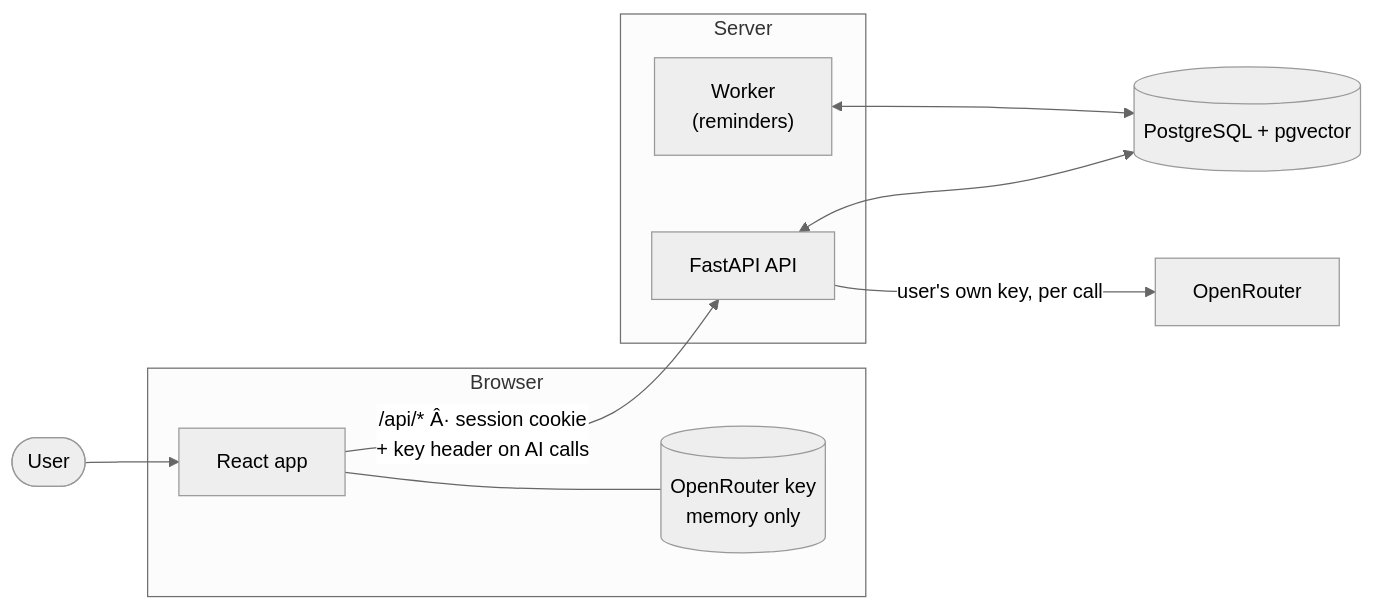
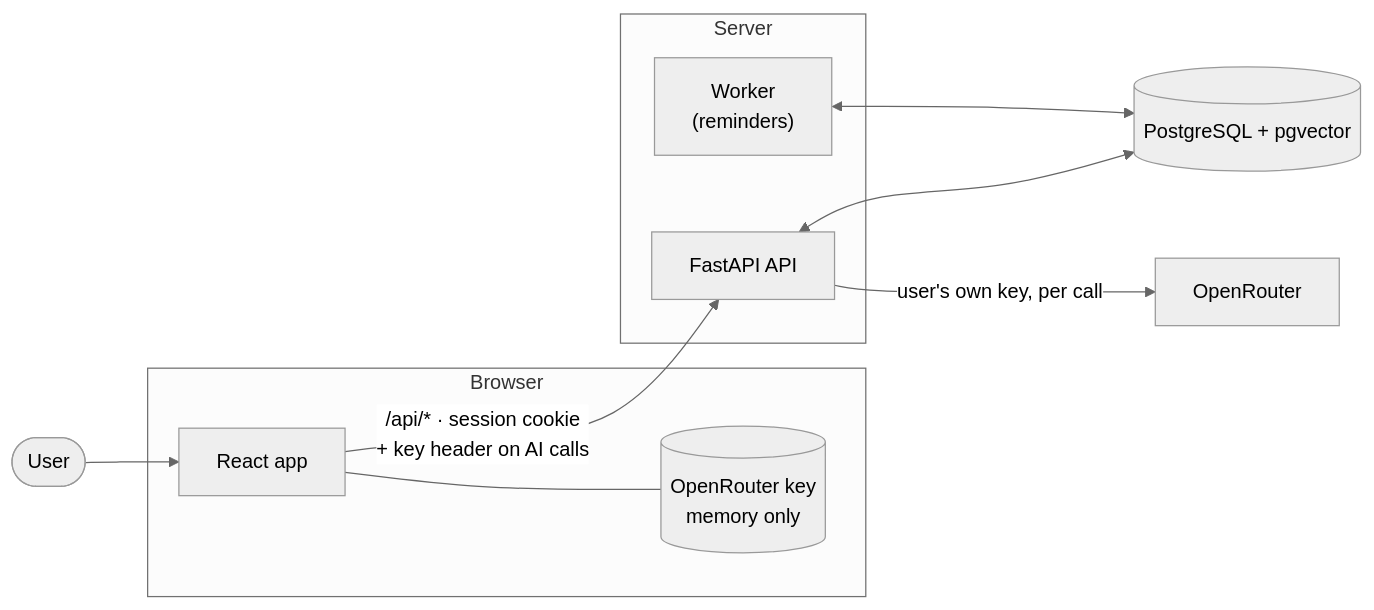
Before and after one commit to muazzam110/postpulse: the first of 2 diagrams in README.md, drawn with Mermaid (neutral theme). The commit also changed other lines of this file, not shown here.

````diff
--- a/README.md
+++ b/README.md
@@ -50,17 +62,17 @@
 ```mermaid
 flowchart LR
     U([User]) --> FE
     subgraph Browser
         FE["React app"]
         KS[("OpenRouter key<br/>memory only")]
         FE --- KS
     end
-    FE -- "/api/* Â· session cookie<br/>+ key header on AI calls" --> API
+    FE -- "/api/* · session cookie<br/>+ key header on AI calls" --> API
     subgraph Server
         API["FastAPI API"]
         WK["Worker<br/>(reminders)"]
     end
     API <--> DB[("PostgreSQL + pgvector")]
     WK <--> DB
     API -- "user's own key, per call" --> OR["OpenRouter"]
 ```
````
